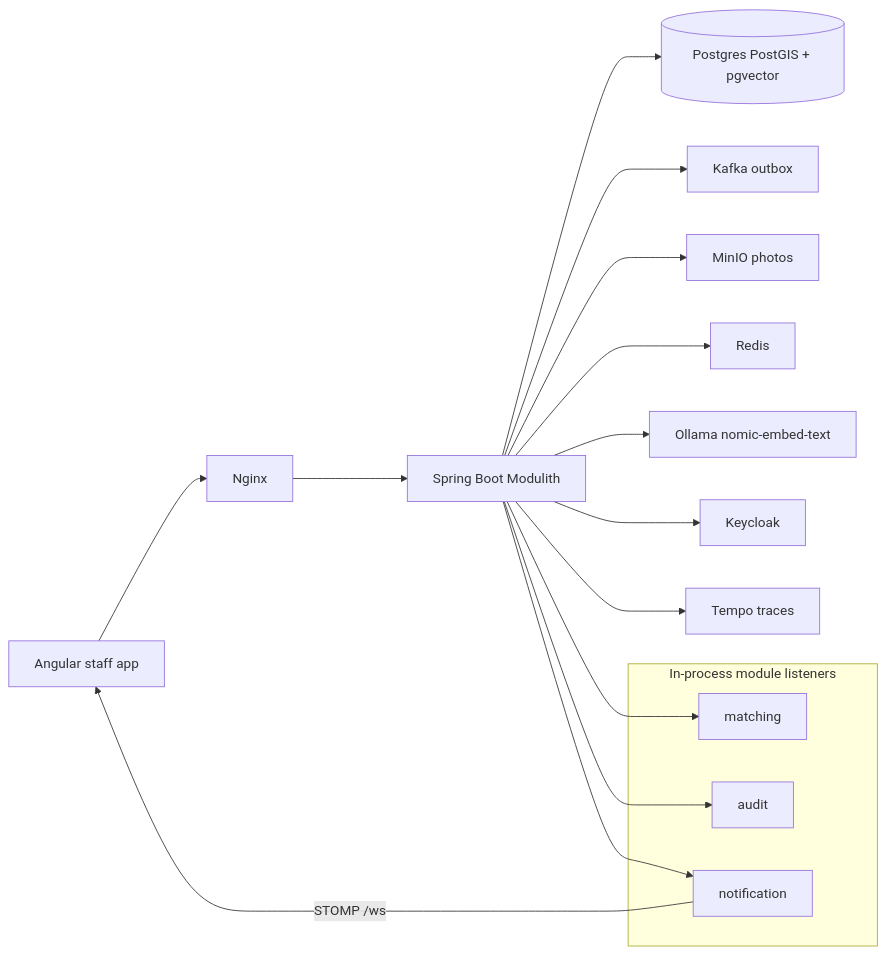
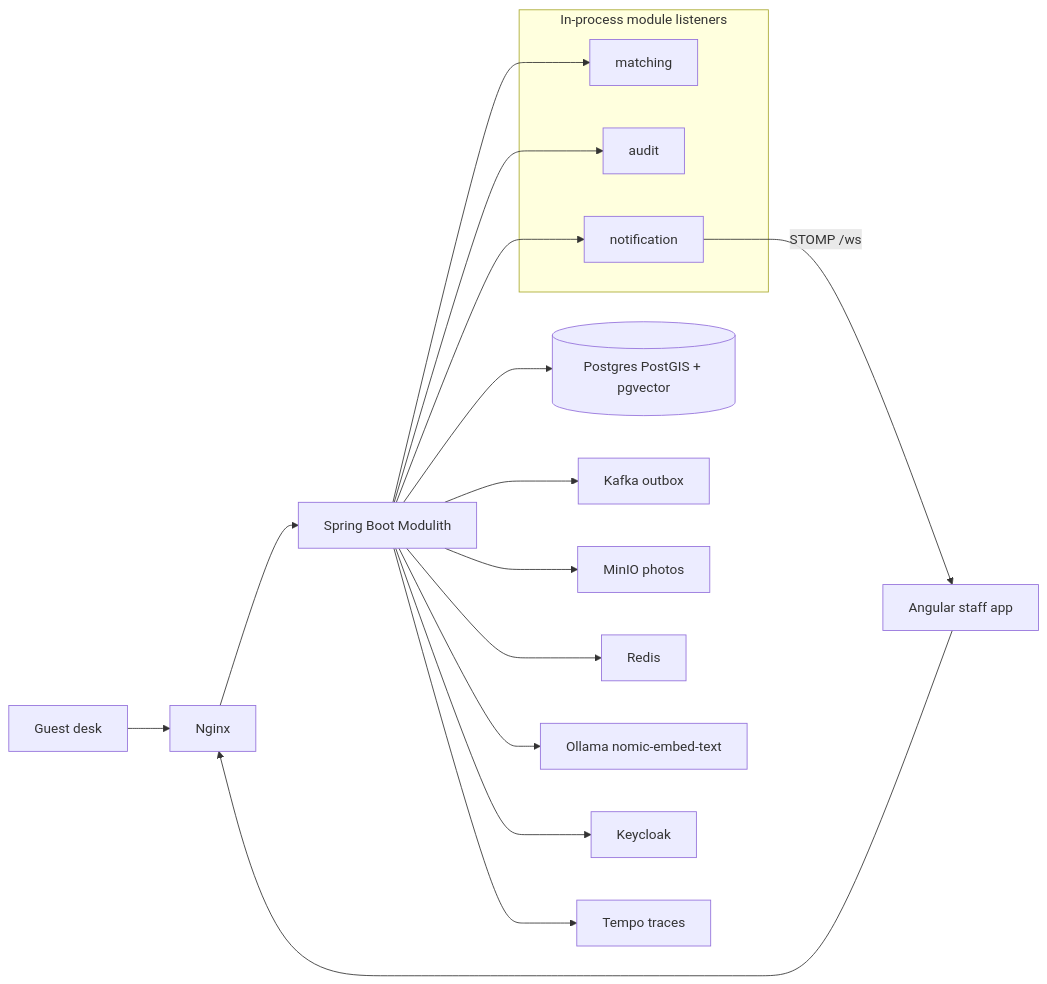
One commit to Hamza-spc/hotel-asset-recovery changed the diagram in README.md. Above: the diagram before and after it, drawn with Mermaid. The commit also changed other lines of this file and 25 other files, not shown here.

Commit message:
Add a guest desk and keep matching off the inbox GET.

````diff
--- a/README.md
+++ b/README.md
@@ -23,21 +23,22 @@
 ```mermaid
 flowchart LR
+  guest[Guest desk] --> nginx[Nginx]
   staff[Angular staff app] --> nginx[Nginx]
   nginx --> api[Spring Boot Modulith]
   api --> postgres[(Postgres PostGIS + pgvector)]
   api --> kafka[Kafka outbox]
   api --> minio[MinIO photos]
   api --> redis[Redis]
   api --> ollama[Ollama nomic-embed-text]
   api --> keycloak[Keycloak]
   api --> tempo[Tempo traces]
   subgraph inProcess [In-process module listeners]
     matching[matching]
     audit[audit]
     notify[notification]
   end
   api --> matching
   api --> audit
   api --> notify
   notify -->|STOMP /ws| staff
 ```
````
